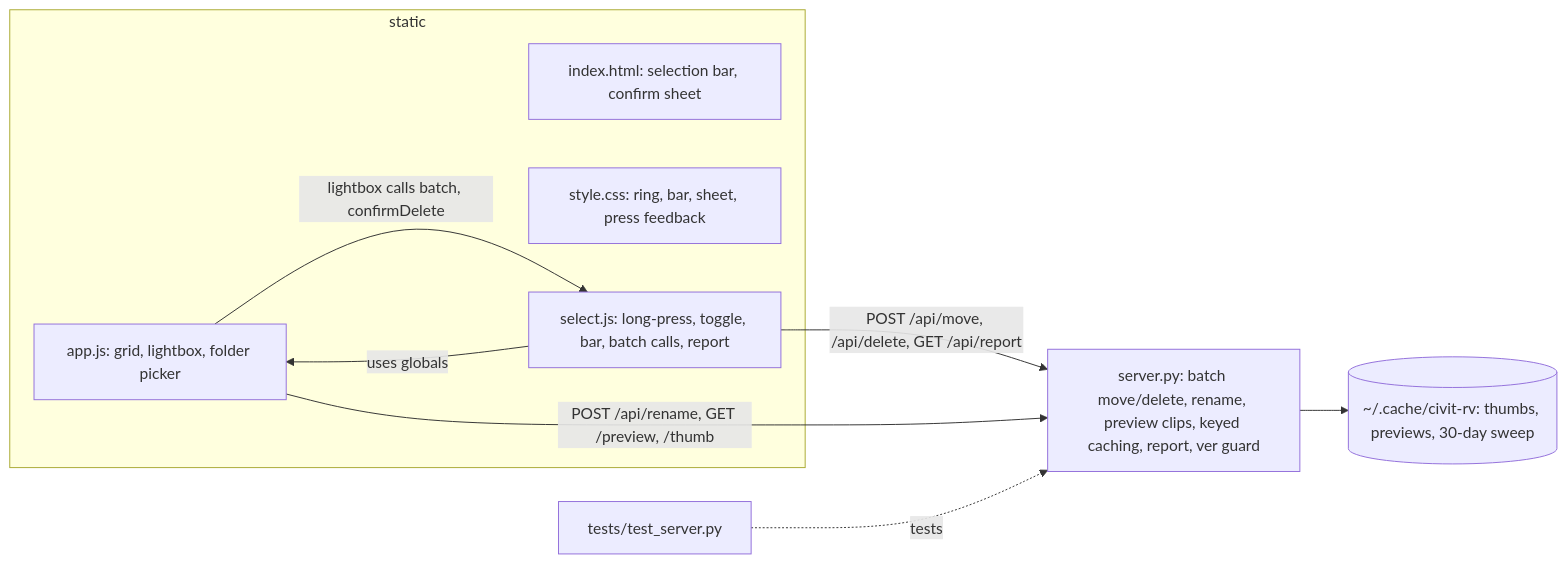
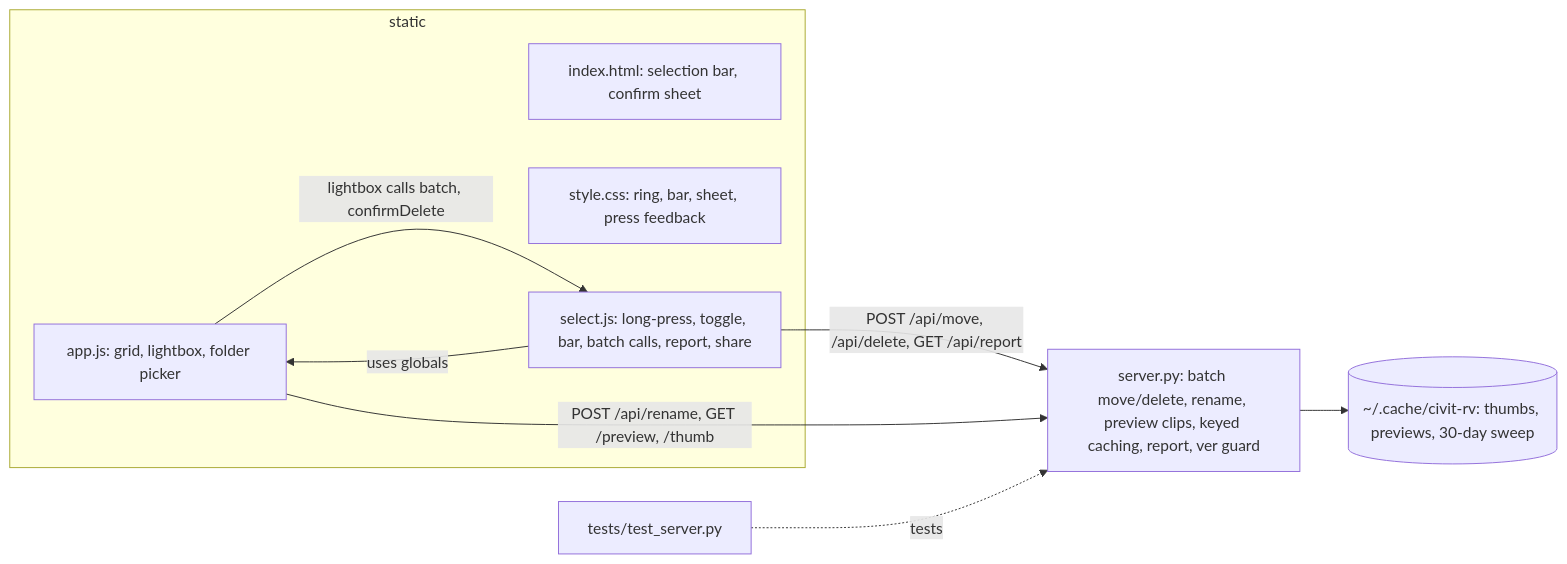
The second of 2 diagrams in SESSION.md (rafavcc/app-civitai), drawn with Mermaid before and after one commit. The commit also changed other lines of this file and 1 other file, not shown here.

Commit message:
docs: share setup guide and session notes

````diff
--- a/SESSION.md
+++ b/SESSION.md
@@ -49,18 +49,18 @@
 ```mermaid
 flowchart LR
     subgraph static
       H["index.html: selection bar, confirm sheet"]
       C["style.css: ring, bar, sheet, press feedback"]
       A["app.js: grid, lightbox, folder picker"]
-      N["select.js: long-press, toggle, bar, batch calls, report"]
+      N["select.js: long-press, toggle, bar, batch calls, report, share"]
     end
     P["server.py: batch move/delete, rename, preview clips, keyed caching, report, ver guard"]
     K[("~/.cache/civit-rv: thumbs, previews, 30-day sweep")]
     T["tests/test_server.py"]
     N -->|uses globals| A
     A -->|lightbox calls batch, confirmDelete| N
     N -->|POST /api/move, /api/delete, GET /api/report| P
     A -->|POST /api/rename, GET /preview, /thumb| P
     P --> K
     T -.->|tests| P
 ```
````
